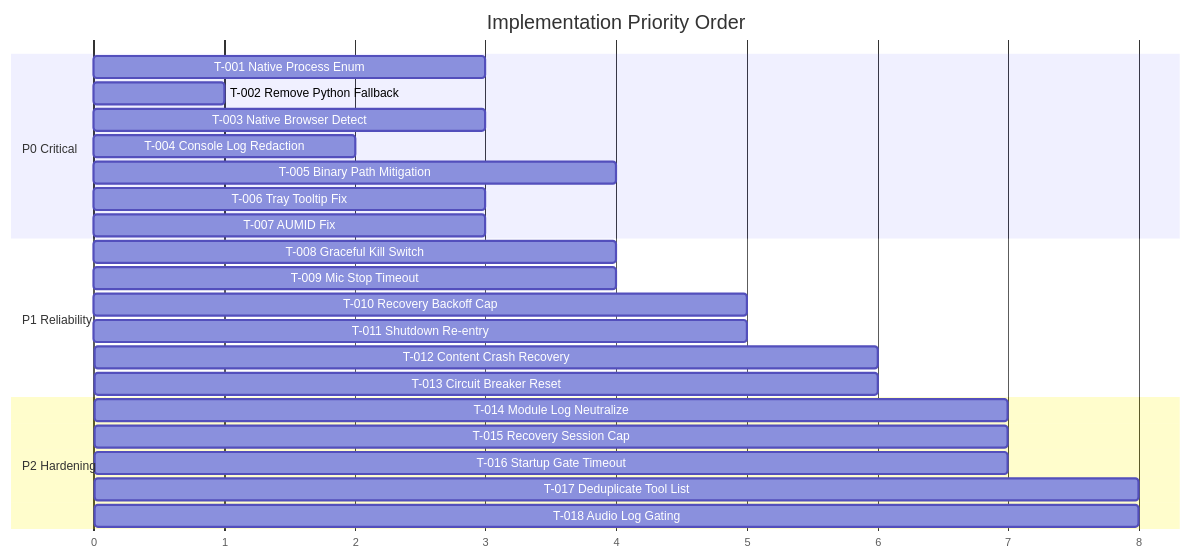
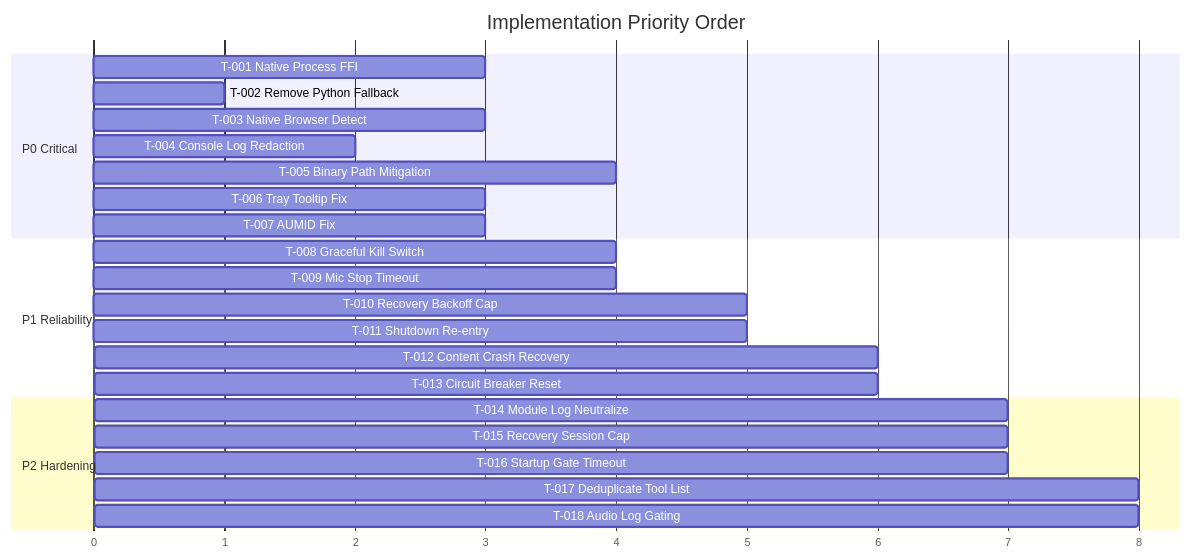
One commit to venkyyy01/natively-cluely-ai-assistant changed the diagram in plans/steal-hardenv10.md. Above: the diagram before and after it, drawn with Mermaid. The commit also changed other lines of this file and 25 other files, not shown here.

````diff
--- a/plans/steal-hardenv10.md
+++ b/plans/steal-hardenv10.md
@@ -333,30 +591,30 @@
 ```mermaid
 gantt
     title Implementation Priority Order
     dateFormat X
     axisFormat %s
     
     section P0 Critical
-    T-001 Native Process Enum    :0, 3
+    T-001 Native Process FFI     :0, 3
     T-002 Remove Python Fallback :0, 1
     T-003 Native Browser Detect  :1, 3
     T-004 Console Log Redaction  :1, 2
     T-005 Binary Path Mitigation :3, 4
     T-006 Tray Tooltip Fix       :2, 3
     T-007 AUMID Fix              :2, 3
     
     section P1 Reliability
     T-008 Graceful Kill Switch   :3, 4
     T-009 Mic Stop Timeout       :3, 4
     T-010 Recovery Backoff Cap   :4, 5
     T-011 Shutdown Re-entry      :4, 5
     T-012 Content Crash Recovery :5, 6
     T-013 Circuit Breaker Reset  :5, 6
     
     section P2 Hardening
     T-014 Module Log Neutralize  :6, 7
     T-015 Recovery Session Cap   :6, 7
     T-016 Startup Gate Timeout   :6, 7
     T-017 Deduplicate Tool List  :7, 8
     T-018 Audio Log Gating       :7, 8
 ```
````
